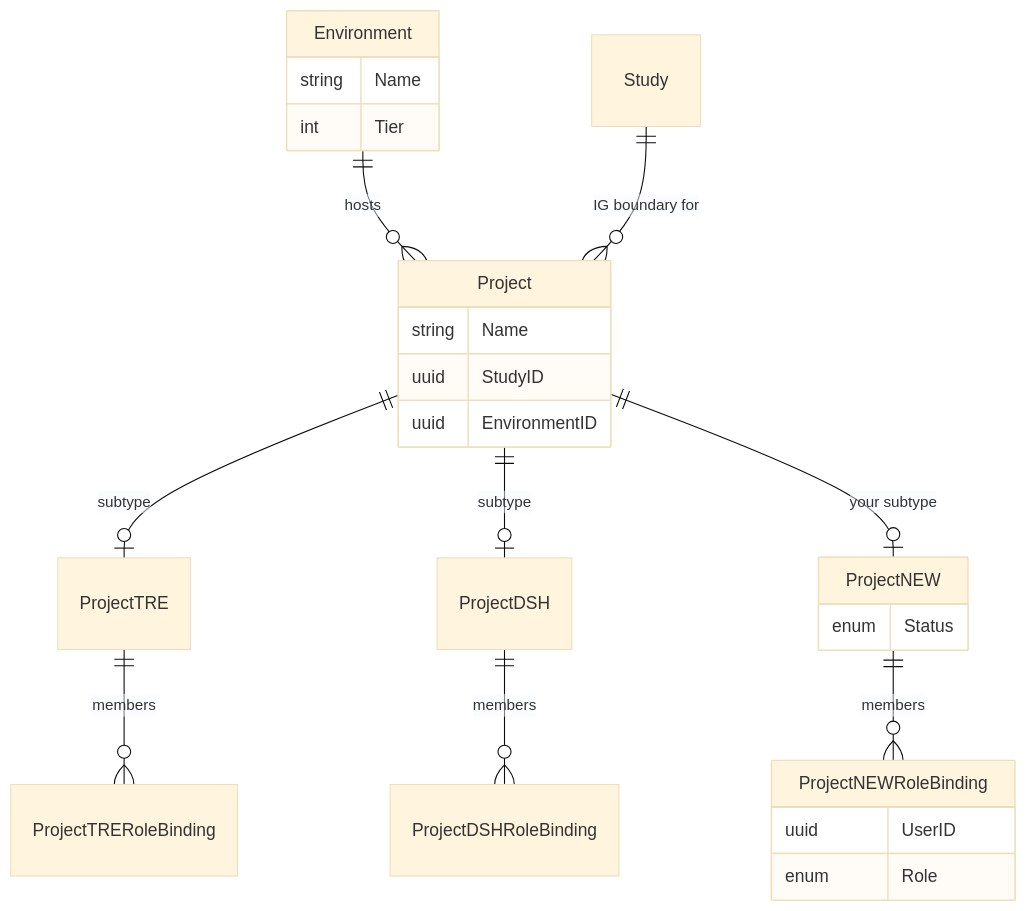
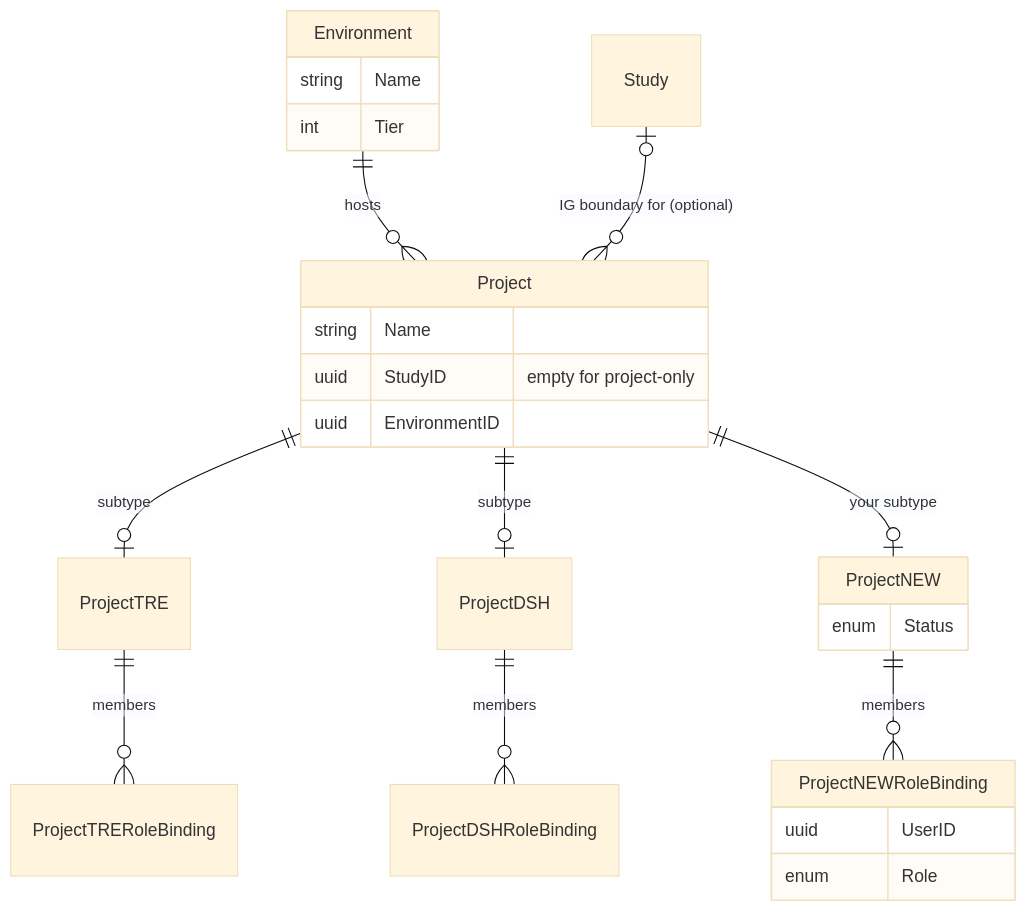
Before and after one commit to ucl-arc-tre/portal: the diagram in docs/Service-Onboarding.md, drawn with Mermaid (base theme). The commit also changed other lines of this file, not shown here.

````diff
--- a/docs/Service-Onboarding.md
+++ b/docs/Service-Onboarding.md
@@ -111,28 +118,28 @@
 ```mermaid
 erDiagram
     Environment ||--o{ Project : hosts
-    Study ||--o{ Project : "IG boundary for"
+    Study |o--o{ Project : "IG boundary for (optional)"
     Project ||--o| ProjectTRE : subtype
     ProjectTRE ||--o{ ProjectTRERoleBinding : members
     Project ||--o| ProjectDSH : subtype
     ProjectDSH ||--o{ ProjectDSHRoleBinding : members
     Project ||--o| ProjectNEW : "your subtype"
     ProjectNEW ||--o{ ProjectNEWRoleBinding : members
 
     Environment {
         string Name
         int Tier
     }
     Project {
         string Name
-        uuid StudyID
+        uuid StudyID "empty for project-only"
         uuid EnvironmentID
     }
     ProjectNEW {
         enum Status
     }
     ProjectNEWRoleBinding {
         uuid UserID
         enum Role
     }
 ```
````
